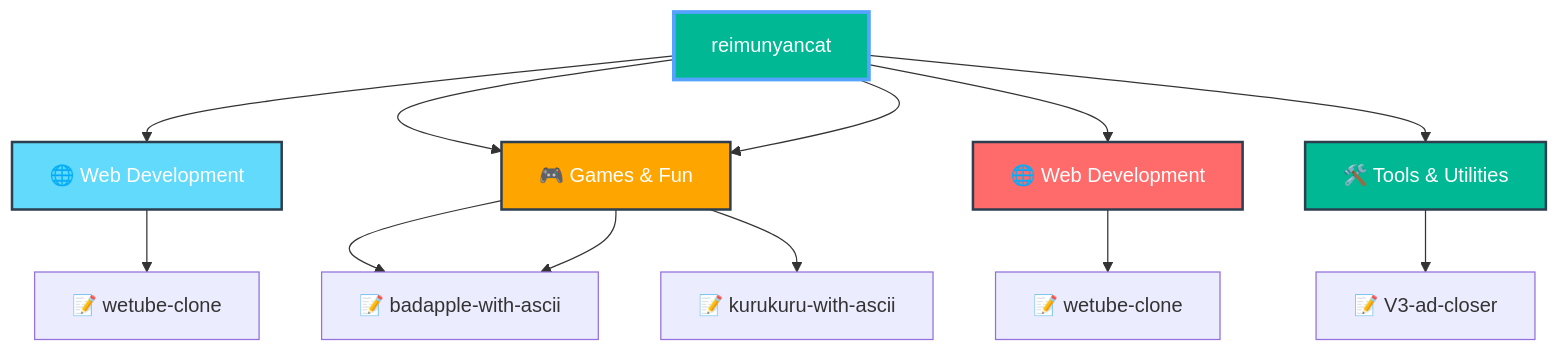
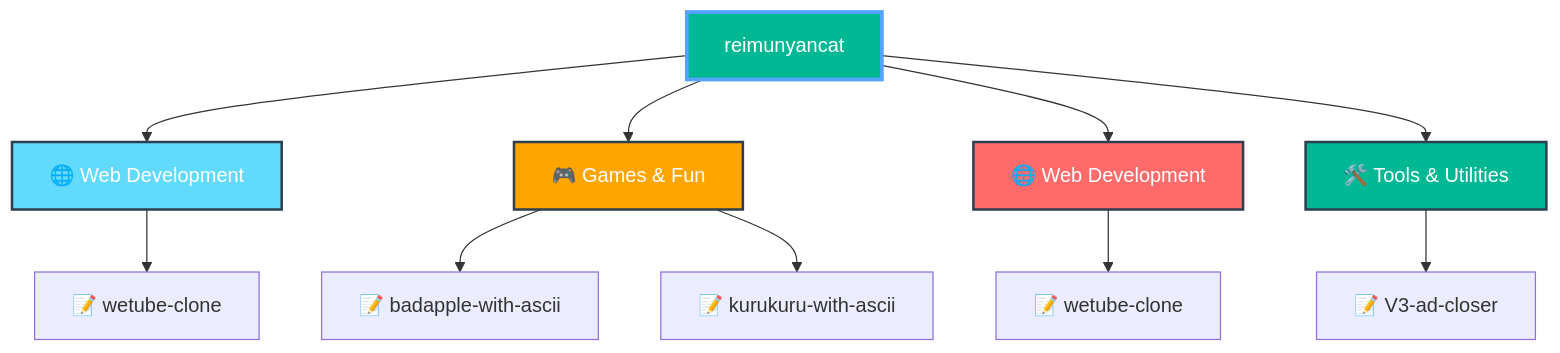
One commit to reimunyancat/reimunyancat changed the diagram in README.md. Above: the diagram before and after it, drawn with Mermaid. The commit also changed other lines of this file and 1 other file, not shown here.

````diff
--- a/README.md
+++ b/README.md
@@ -218,26 +156,23 @@
 ```mermaid
 graph TD
   A[reimunyancat]
 
   A --> CAT0[🌐 Web Development]
   CAT0 --> CAT0_0[📝 wetube-clone]
-
-  A --> CAT1[🛠️ Tools & Utilities]
-  CAT1 --> CAT1_0[📝 V3-ad-closer]
 
   A --> CAT1[🎮 Games & Fun]
   CAT1 --> CAT1_0[📝 badapple-with-ascii]
   CAT1 --> CAT1_1[📝 kurukuru-with-ascii]
 
   A --> CAT2[🌐 Web Development]
   CAT2 --> CAT2_0[📝 wetube-clone]
 
   A --> CAT3[🛠️ Tools & Utilities]
   CAT3 --> CAT3_0[📝 V3-ad-closer]
 
   style A fill:#00b894,stroke:#55a3ff,stroke-width:3px,color:#fff
   style CAT0 fill:#61dafb,stroke:#2c3e50,stroke-width:2px,color:#fff
   style CAT1 fill:#ffa500,stroke:#2c3e50,stroke-width:2px,color:#fff
   style CAT2 fill:#ff6b6b,stroke:#2c3e50,stroke-width:2px,color:#fff
   style CAT3 fill:#00b894,stroke:#2c3e50,stroke-width:2px,color:#fff
 ```
````
